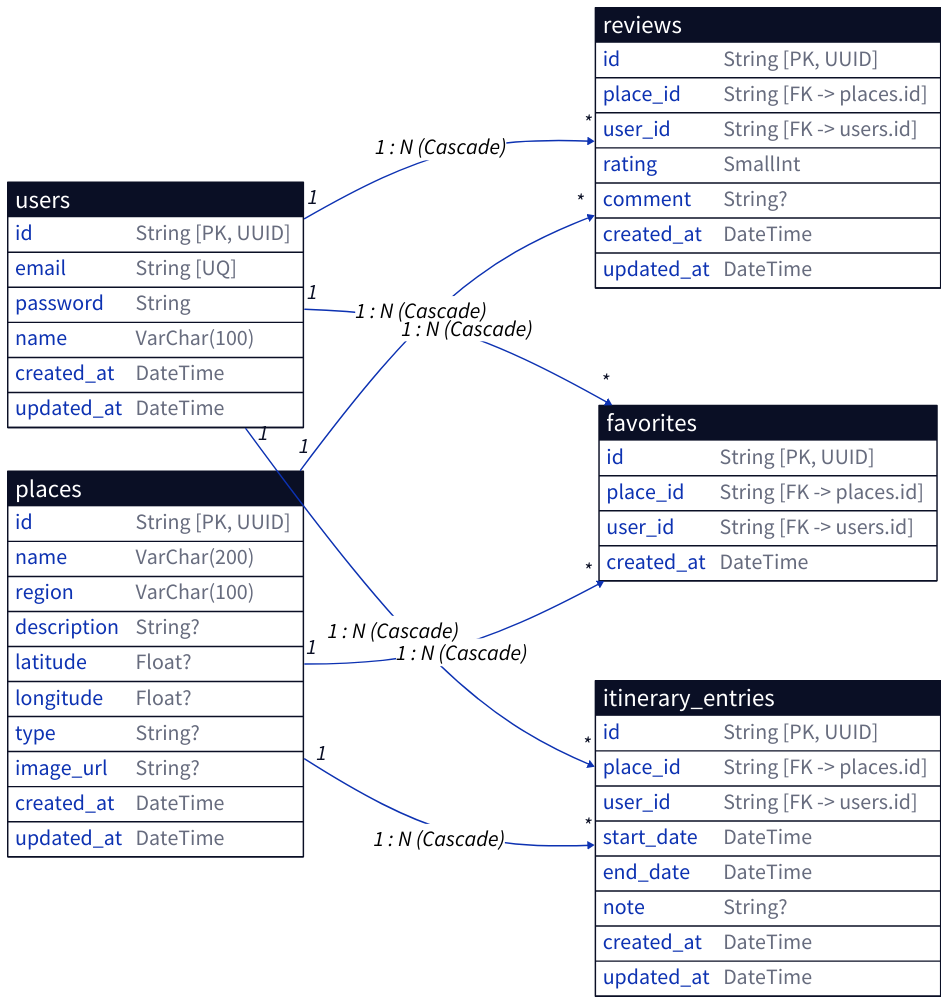
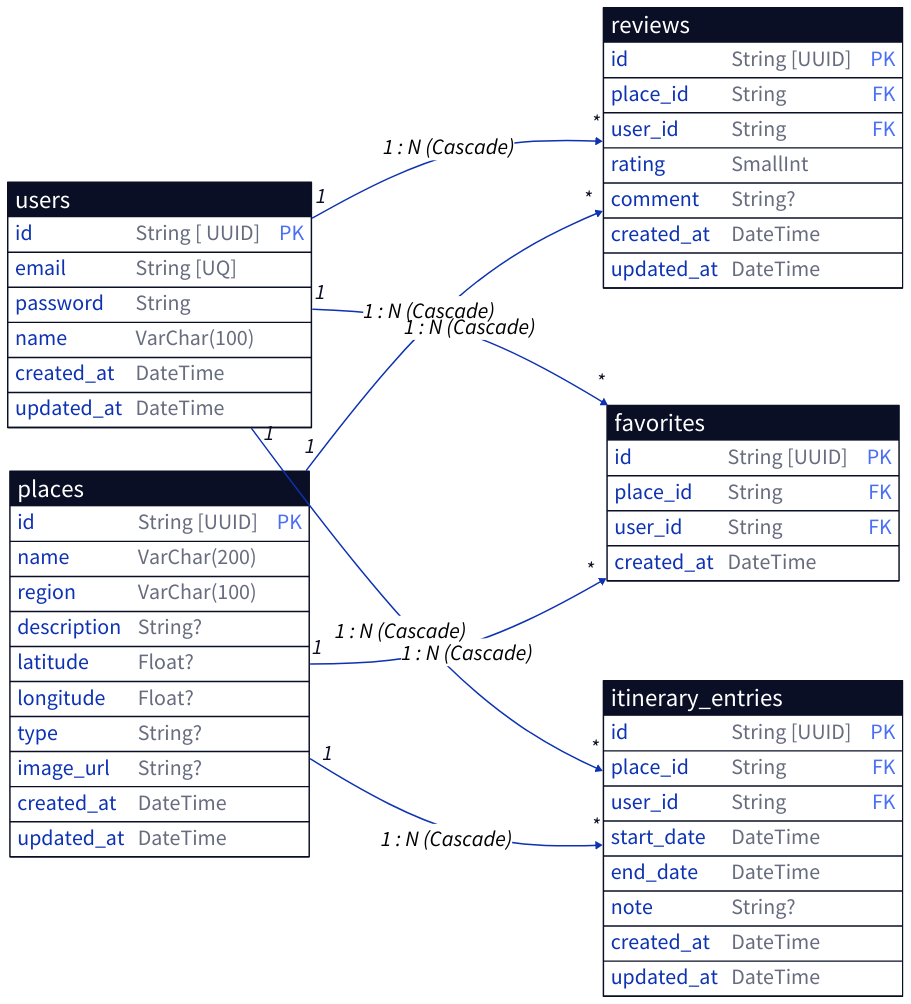
The diagram in docs/report/diagrams/erd.d2 (bundgaard1/OurTearoa), drawn with D2 before and after one commit. The commit also changed 5 other files, not shown here.

```diff
--- a/docs/report/diagrams/erd.d2
+++ b/docs/report/diagrams/erd.d2
@@ -1,94 +1,95 @@
 direction: right
+
 
 **.style.font-size: 30
 (** -> **)[*].style.font-size: 30
 (** -> **)[*].style.font-color: black
 
 
 # Entity: users
 users: {
   shape: sql_table
-  id: "String [PK, UUID]"
+  id: "String [ UUID]" {constraint: primary_key}
   email: "String [UQ]"
   password: "String"
   name: "VarChar(100)"
   created_at: "DateTime"
   updated_at: "DateTime"
 }
 
 # Entity: places
 places: {
   shape: sql_table
-  id: "String [PK, UUID]"
+  id: "String [UUID]"{constraint: primary_key}
   name: "VarChar(200)"
   region: "VarChar(100)"
   description: "String?"
   latitude: "Float?"
   longitude: "Float?"
   type: "String?"
   image_url: "String?"
   created_at: "DateTime"
   updated_at: "DateTime"
 }
 
 # Entity: reviews
 reviews: {
   shape: sql_table
-  id: "String [PK, UUID]"
-  place_id: "String [FK -> places.id]"
-  user_id: "String [FK -> users.id]"
+  id: "String [UUID]" {constraint: primary_key}
+  place_id: "String" {constraint: foreign_key}
+  user_id: "String" {constraint: foreign_key}
   rating: "SmallInt"
   comment: "String?"
   created_at: "DateTime"
   updated_at: "DateTime"
 }
 
 # Entity: favorites
 favorites: {
   shape: sql_table
-  id: "String [PK, UUID]"
-  place_id: "String [FK -> places.id]"
-  user_id: "String [FK -> users.id]"
+  id: "String [UUID]" {constraint: primary_key}
+  place_id: "String" {constraint: foreign_key}
+  user_id: "String" {constraint: foreign_key}
   created_at: "DateTime"
 }
 
 # Entity: itinerary_entries
 itinerary_entries: {
   shape: sql_table
-  id: "String [PK, UUID]"
-  place_id: "String [FK -> places.id]"
-  user_id: "String [FK -> users.id]"
+  id: "String [UUID]" {constraint: primary_key}
+  place_id: "String" {constraint: foreign_key}
+  user_id: "String" {constraint: foreign_key}
   start_date: "DateTime"
   end_date: "DateTime"
   note: "String?"
   created_at: "DateTime"
   updated_at: "DateTime"
 }
 
 # Relationships (with onDelete: Cascade notation)
 users -> reviews: "1 : N (Cascade)" {
   source-arrowhead: 1
   target-arrowhead: *
 }
 places -> reviews: "1 : N (Cascade)" {
   source-arrowhead: 1
   target-arrowhead: *
 }
 
 users -> favorites: "1 : N (Cascade)" {
   source-arrowhead: 1
   target-arrowhead: *
 }
 places -> favorites: "1 : N (Cascade)" {
   source-arrowhead: 1
   target-arrowhead: *
 }
 
 users -> itinerary_entries: "1 : N (Cascade)" {
   source-arrowhead: 1
   target-arrowhead: *
 }
 places -> itinerary_entries: "1 : N (Cascade)" {
   source-arrowhead: 1
   target-arrowhead: *
 }
```
